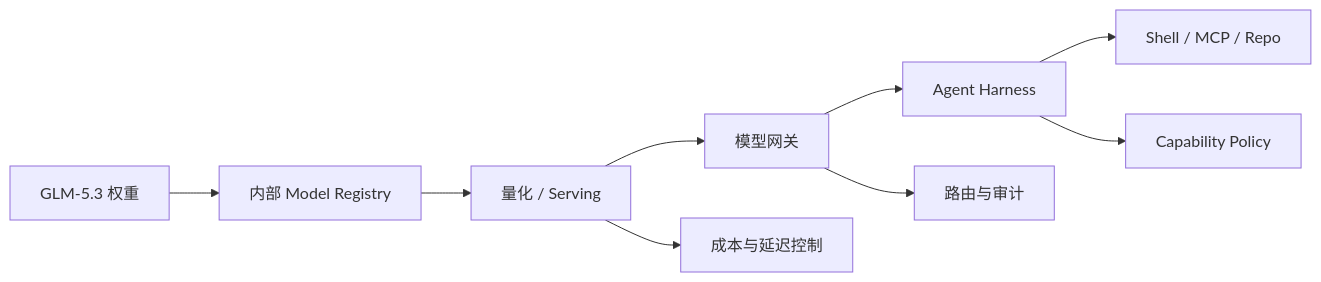
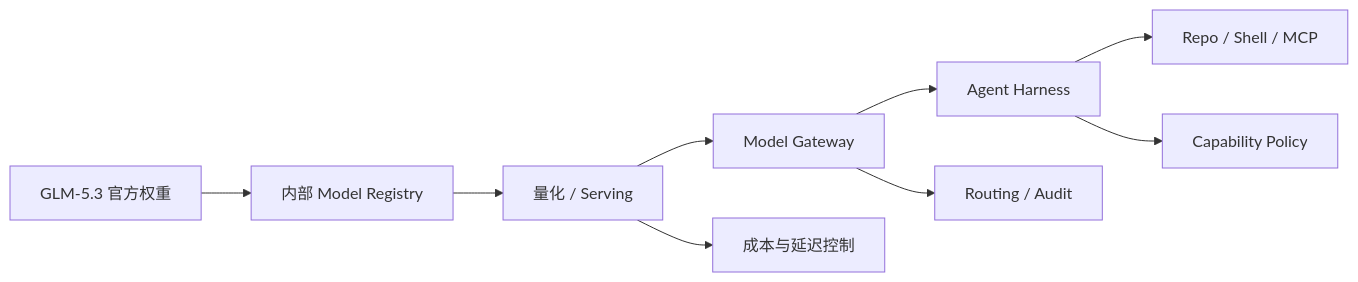
One commit to wlf186/ai-daily-headlines changed the first of 20 diagrams in 260829.md. Above: the diagram before and after it, drawn with Mermaid. The commit also changed other lines of this file, not shown here.

````diff
--- a/260829.md
+++ b/260829.md
@@ -61,11 +61,11 @@
 ```mermaid
 flowchart LR
-    G1[GLM-5.3 权重] --> G2[内部 Model Registry]
+    G1[GLM-5.3 官方权重] --> G2[内部 Model Registry]
     G2 --> G3[量化 / Serving]
-    G3 --> G4[模型网关]
+    G3 --> G4[Model Gateway]
     G4 --> G5[Agent Harness]
-    G5 --> G6[Shell / MCP / Repo]
+    G5 --> G6[Repo / Shell / MCP]
     G3 --> G7[成本与延迟控制]
-    G4 --> G8[路由与审计]
+    G4 --> G8[Routing / Audit]
     G5 --> G9[Capability Policy]
 ```
````
